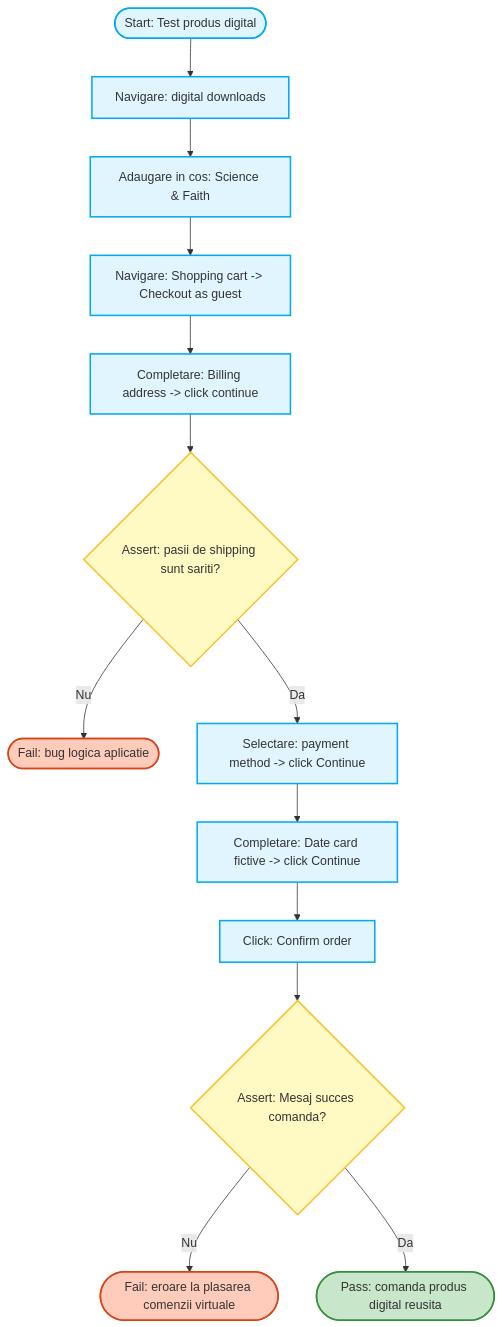
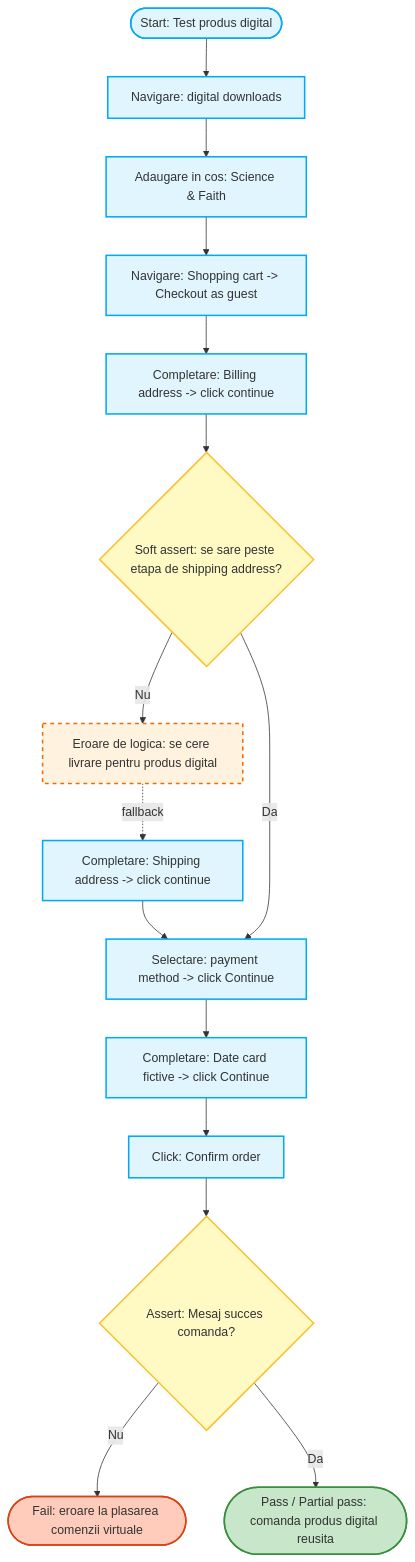
Before and after one commit to elenacurecheriu/ProiectTSS: the fourth of 6 diagrams in README.md, drawn with Mermaid. The commit also changed other lines of this file, not shown here.

Commit message:
small diagram update

````diff
--- a/README.md
+++ b/README.md
@@ -245,24 +245,29 @@
 ```mermaid
 graph TD
     classDef actiune fill:#e1f5fe,stroke:#03a9f4,stroke-width:2px;
     classDef asertiune fill:#fff9c4,stroke:#fbc02d,stroke-width:2px;
     classDef pass fill:#c8e6c9,stroke:#388e3c,stroke-width:2px;
     classDef fail fill:#ffccbc,stroke:#d84315,stroke-width:2px;
+    classDef soft_fail fill:#fff3e0,stroke:#ef6c00,stroke-width:2px,stroke-dasharray: 5 5;
 
     a([Start: Test produs digital]):::actiune --> b[Navigare: digital downloads]:::actiune
     b --> c[Adaugare in cos: Science & Faith]:::actiune
     c --> d[Navigare: Shopping cart -> Checkout as guest]:::actiune
     
     d --> e[Completare: Billing address -> click continue]:::actiune
     
-    e --> f{Assert: pasii de shipping sunt sariti?}:::asertiune
-    f -- Nu --> g([Fail: bug logica aplicatie]):::fail
+    e --> f{Soft assert: se sare peste etapa de shipping address?}:::asertiune
+    
+    f -- Nu --> g[Eroare de logica: se cere livrare pentru produs digital]:::soft_fail
+    g -. fallback .-> g2[Completare: Shipping address -> click continue]:::actiune
+    g2 --> h
+    
     f -- Da --> h[Selectare: payment method -> click Continue]:::actiune
     
     h --> i[Completare: Date card fictive -> click Continue]:::actiune
     i --> j[Click: Confirm order]:::actiune
     
     j --> k{Assert: Mesaj succes comanda?}:::asertiune
     k -- Nu --> l([Fail: eroare la plasarea comenzii virtuale]):::fail
-    k -- Da --> m([Pass: comanda produs digital reusita]):::pass
+    k -- Da --> m([Pass / Partial pass: comanda produs digital reusita]):::pass
 ```
````
